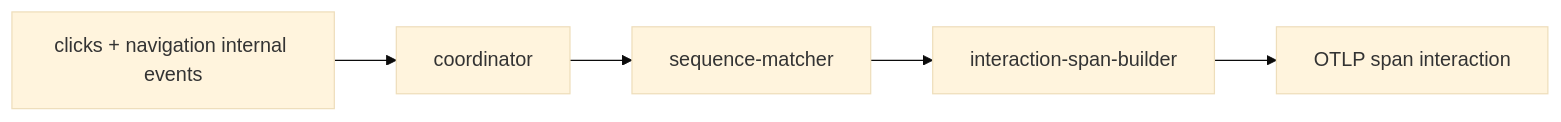
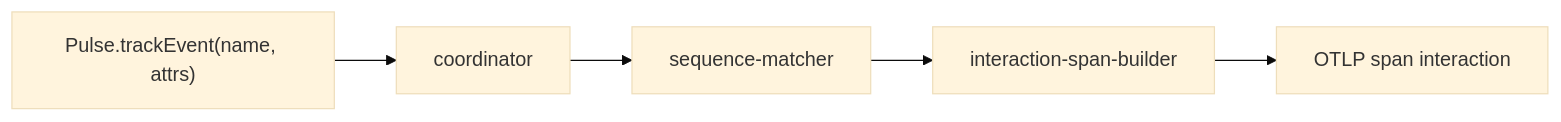
One commit to dream-horizon-org/pulse changed the second of 3 diagrams in pulse-web-otel/docs/instrumentations/interactions/SPEC.md. Above: the diagram before and after it, drawn with Mermaid (base theme). The commit also changed other lines of this file and 14 other files, not shown here.

Commit message:
fix: Clicks do not feed the interaction matcher — only manual Pulse.trackEvent does

````diff
--- a/pulse-web-otel/docs/instrumentations/interactions/SPEC.md
+++ b/pulse-web-otel/docs/instrumentations/interactions/SPEC.md
@@ -64,7 +66,7 @@
 ```mermaid
 flowchart LR
-  Clicks["clicks + navigation internal events"] --> Coord["coordinator"]
+  App["Pulse.trackEvent(name, attrs)"] --> Coord["coordinator"]
   Coord --> Match["sequence-matcher"]
   Match --> SB["interaction-span-builder"]
   SB --> Span["OTLP span interaction"]
 ```
````
